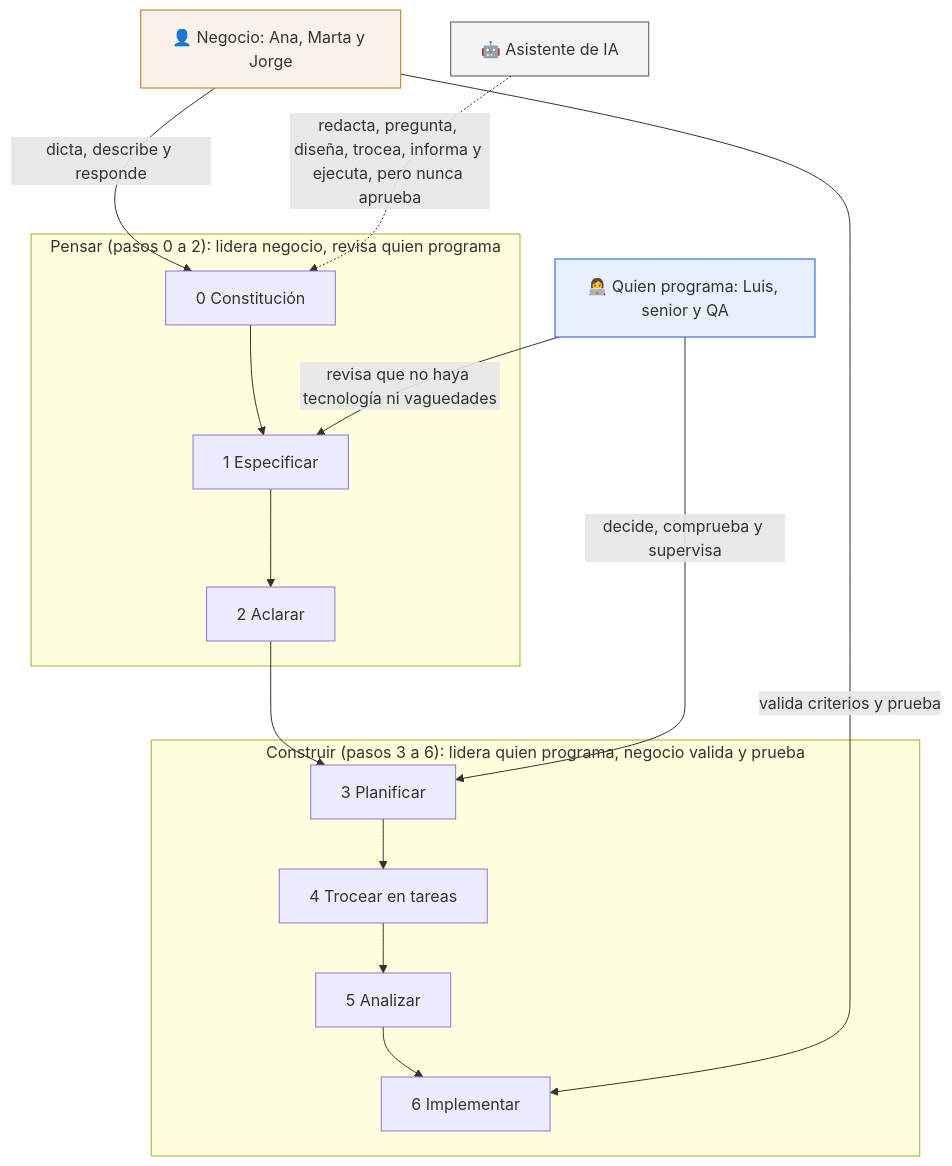
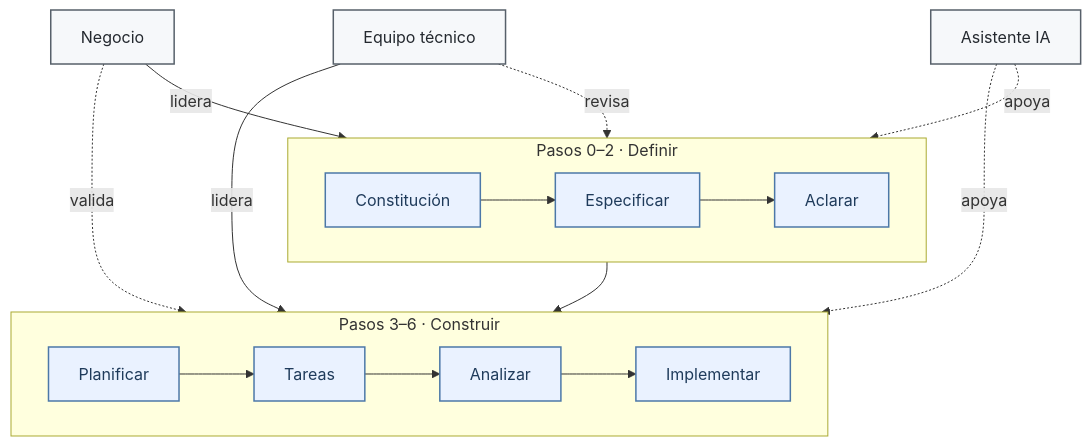
The diagram in docs/06-roles-quien-hace-que.md (antroc/charla-sdd), drawn with Mermaid before and after one commit. The commit also changed 3 other files, not shown here.

Commit message:
Simplificar los diagramas principales de la documentacion

````diff
--- a/docs/06-roles-quien-hace-que.md
+++ b/docs/06-roles-quien-hace-que.md
@@ -35,24 +35,27 @@
 ```mermaid
-flowchart TD
-  N["👤 Negocio: Ana, Marta y Jorge"]
-  D["👩‍💻 Quien programa: Luis, senior y QA"]
-  A["🤖 Asistente de IA"]
-  subgraph pensar ["Pensar (pasos 0 a 2): lidera negocio, revisa quien programa"]
-    s0["0 Constitución"] --> s1["1 Especificar"] --> s2["2 Aclarar"]
+flowchart TB
+  subgraph pensar["Pasos 0–2 · Definir"]
+    direction LR
+    s0["Constitución"] --> s1["Especificar"] --> s2["Aclarar"]
   end
-  subgraph construir ["Construir (pasos 3 a 6): lidera quien programa, negocio valida y prueba"]
-    s3["3 Planificar"] --> s4["4 Trocear en tareas"] --> s5["5 Analizar"] --> s6["6 Implementar"]
+
+  subgraph construir["Pasos 3–6 · Construir"]
+    direction LR
+    s3["Planificar"] --> s4["Tareas"] --> s5["Analizar"] --> s6["Implementar"]
   end
+
   s2 --> s3
-  N -->|"dicta, describe y responde"| s0
-  D -->|"revisa que no haya tecnología ni vaguedades"| s1
-  D -->|"decide, comprueba y supervisa"| s3
-  N -->|"valida criterios y prueba"| s6
-  A -.->|"redacta, pregunta, diseña, trocea, informa y ejecuta, pero nunca aprueba"| s0
-  classDef negocio fill:#FDF2E9,stroke:#B7791F;
-  classDef dev fill:#E8F0FE,stroke:#1A56DB;
-  classDef ia fill:#F3F4F6,stroke:#4B5563;
-  class N negocio;
-  class D dev;
-  class A ia;
+
+  N["Negocio"] -->|"lidera"| s0
+  D["Equipo técnico"] -->|"lidera"| s3
+  A["Asistente IA"] -.->|"apoya"| s0
+  A -.->|"apoya"| s3
+
+  N -.->|"valida"| s6
+  D -.->|"revisa"| s1
+
+  classDef role fill:#F6F8FA,stroke:#57606A,stroke-width:1.5px,color:#24292F;
+  classDef phase fill:#EAF2FF,stroke:#4C78A8,stroke-width:1.5px,color:#1F3B5B;
+  class N,D,A role;
+  class s0,s1,s2,s3,s4,s5,s6 phase;
 ```
````
